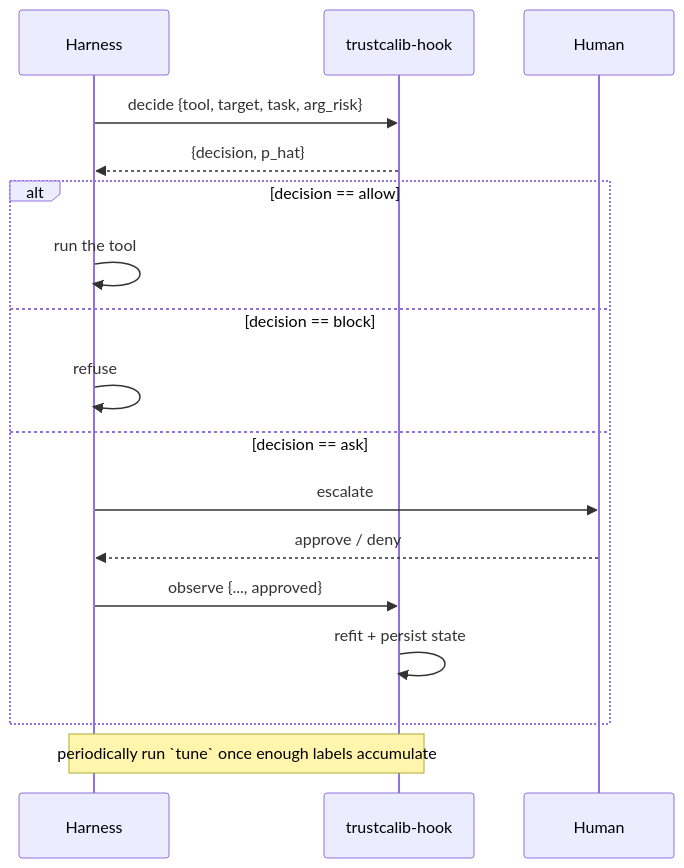
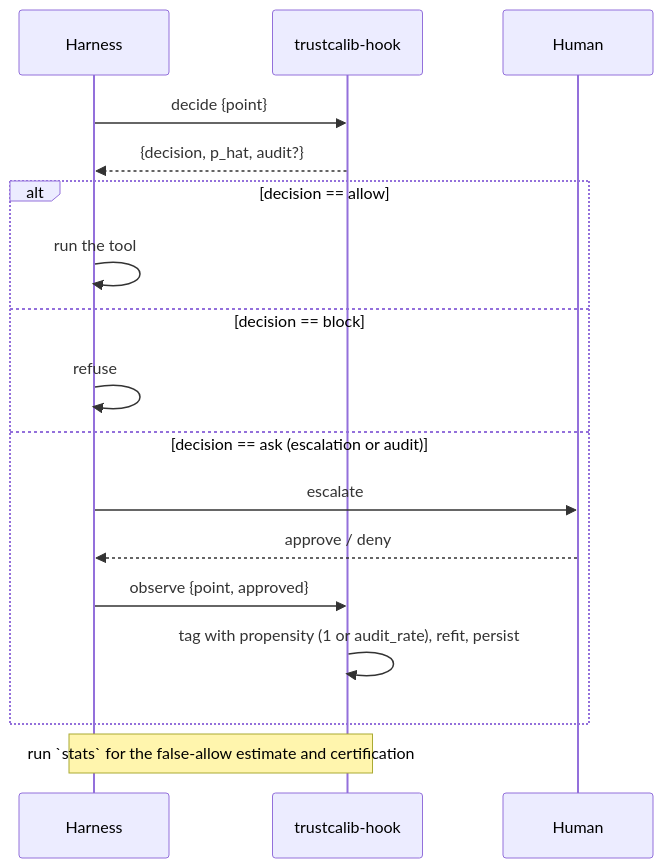
One commit to changkun/trustcalib changed the third of 3 diagrams in go/README.md. Above: the diagram before and after it, drawn with Mermaid. The commit also changed other lines of this file and 29 other files, not shown here.

````diff
--- a/go/README.md
+++ b/go/README.md
@@ -330,19 +576,19 @@
 ```mermaid
 sequenceDiagram
     participant H as Harness
     participant G as trustcalib-hook
     participant U as Human
-    H->>G: decide {tool, target, task, arg_risk}
-    G-->>H: {decision, p_hat}
+    H->>G: decide {point}
+    G-->>H: {decision, p_hat, audit?}
     alt decision == allow
         H->>H: run the tool
     else decision == block
         H->>H: refuse
-    else decision == ask
+    else decision == ask (escalation or audit)
         H->>U: escalate
         U-->>H: approve / deny
-        H->>G: observe {..., approved}
-        G->>G: refit + persist state
+        H->>G: observe {point, approved}
+        G->>G: tag with propensity (1 or audit_rate), refit, persist
     end
-    Note over H,G: periodically run `tune` once enough labels accumulate
+    Note over H,G: run `stats` for the false-allow estimate and certification
 ```
````
